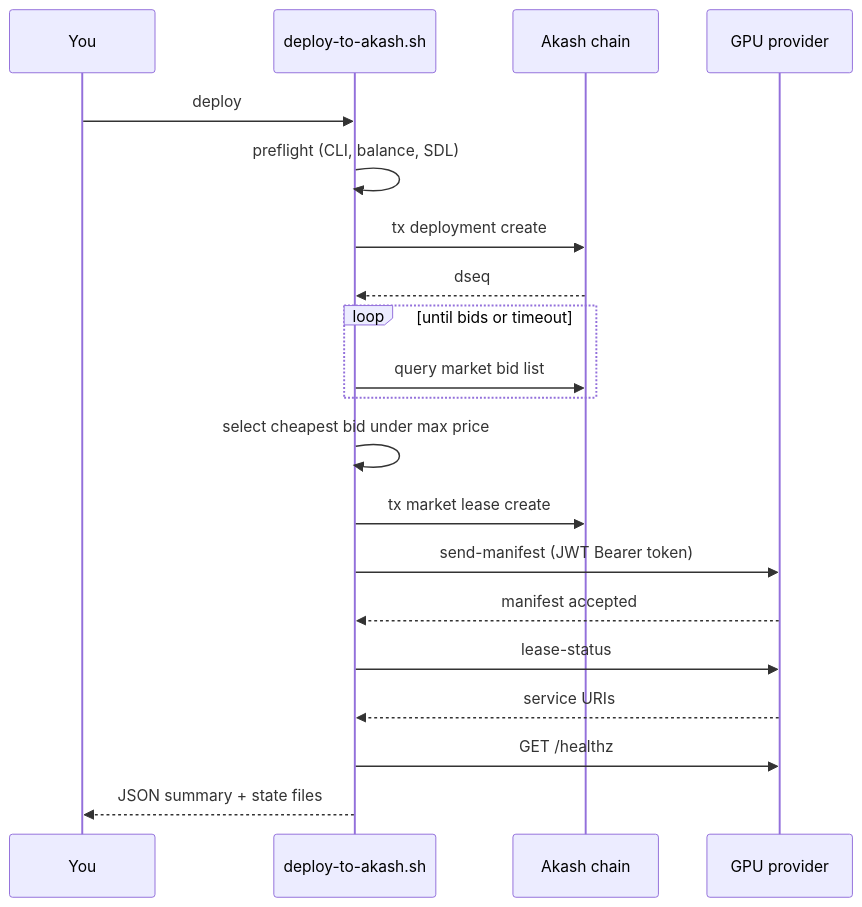
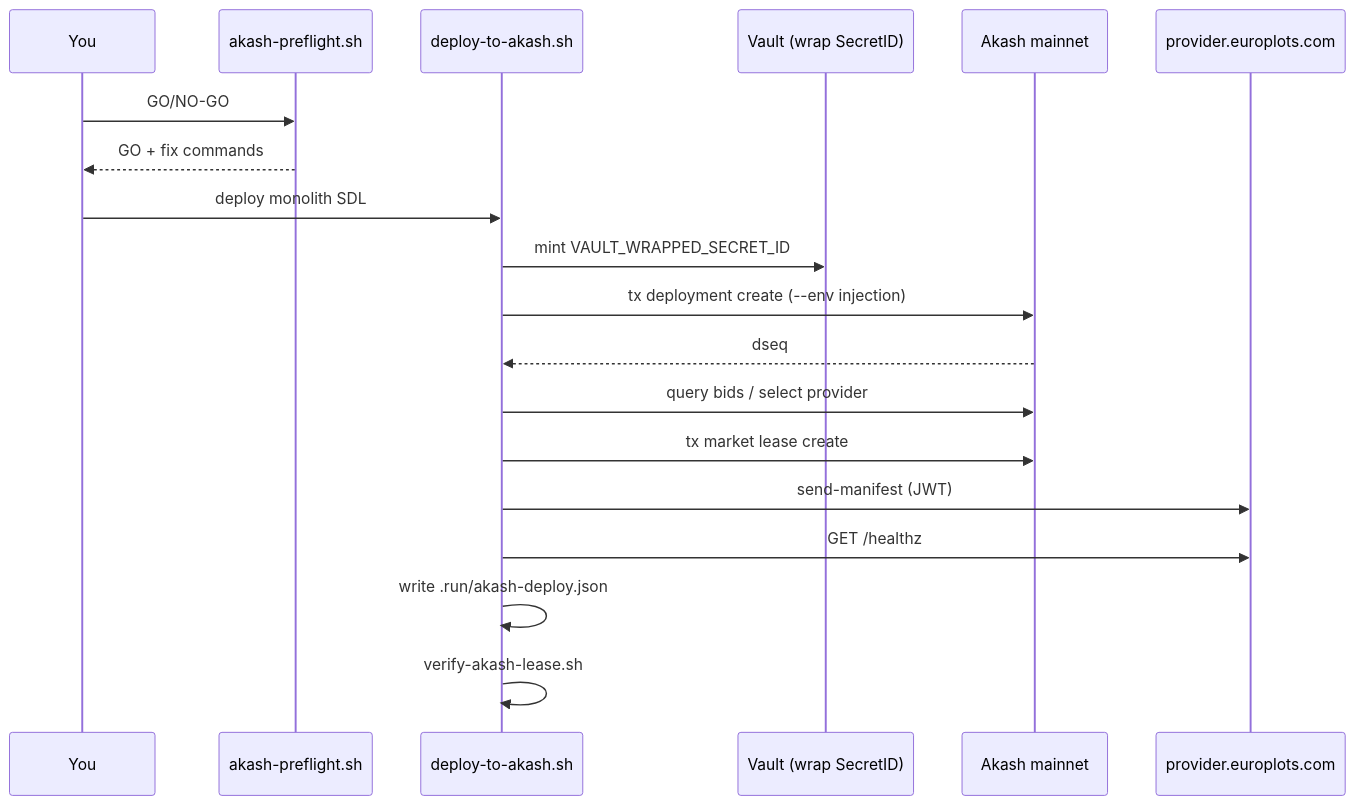
Before and after one commit to Yield-Swarm/yieldswarm-agent-swarm-v2: the diagram in docs/AKASH_DEPLOY.md, drawn with Mermaid. The commit also changed other lines of this file and 12 other files, not shown here.

First line of the commit message:
feat(akash): real deploy wave — preflight, europlots, verify, Arena wiring

````diff
--- a/docs/AKASH_DEPLOY.md
+++ b/docs/AKASH_DEPLOY.md
@@ -41,23 +78,22 @@
 ```mermaid
 sequenceDiagram
   participant You
-  participant Script as deploy-to-akash.sh
-  participant Chain as Akash chain
-  participant Provider as GPU provider
+  participant Preflight as akash-preflight.sh
+  participant Deploy as deploy-to-akash.sh
+  participant Vault as Vault (wrap SecretID)
+  participant Chain as Akash mainnet
+  participant Euro as provider.europlots.com
 
-  You->>Script: deploy
-  Script->>Script: preflight (CLI, balance, SDL)
-  Script->>Chain: tx deployment create
-  Chain-->>Script: dseq
-  loop until bids or timeout
-    Script->>Chain: query market bid list
-  end
-  Script->>Script: select cheapest bid under max price
-  Script->>Chain: tx market lease create
-  Script->>Provider: send-manifest (JWT Bearer token)
-  Provider-->>Script: manifest accepted
-  Script->>Provider: lease-status
-  Provider-->>Script: service URIs
-  Script->>Provider: GET /healthz
-  Script-->>You: JSON summary + state files
+  You->>Preflight: GO/NO-GO
+  Preflight-->>You: GO + fix commands
+  You->>Deploy: deploy monolith SDL
+  Deploy->>Vault: mint VAULT_WRAPPED_SECRET_ID
+  Deploy->>Chain: tx deployment create (--env injection)
+  Chain-->>Deploy: dseq
+  Deploy->>Chain: query bids / select provider
+  Deploy->>Chain: tx market lease create
+  Deploy->>Euro: send-manifest (JWT)
+  Deploy->>Euro: GET /healthz
+  Deploy->>Deploy: write .run/akash-deploy.json
+  Deploy->>Deploy: verify-akash-lease.sh
 ```
````
